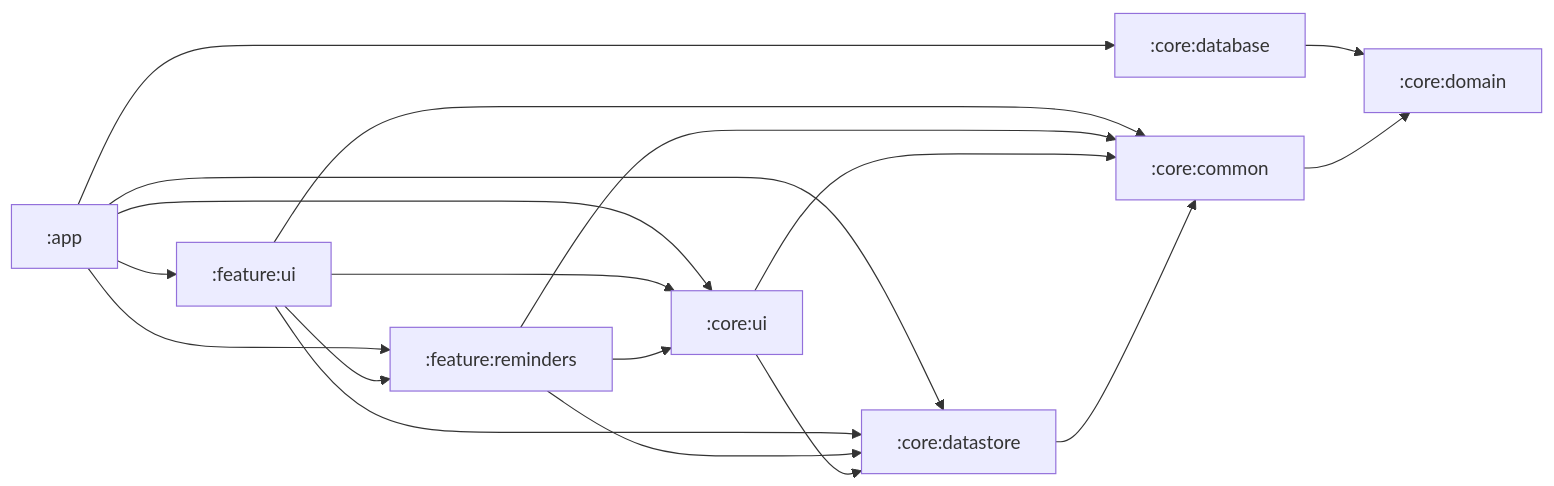
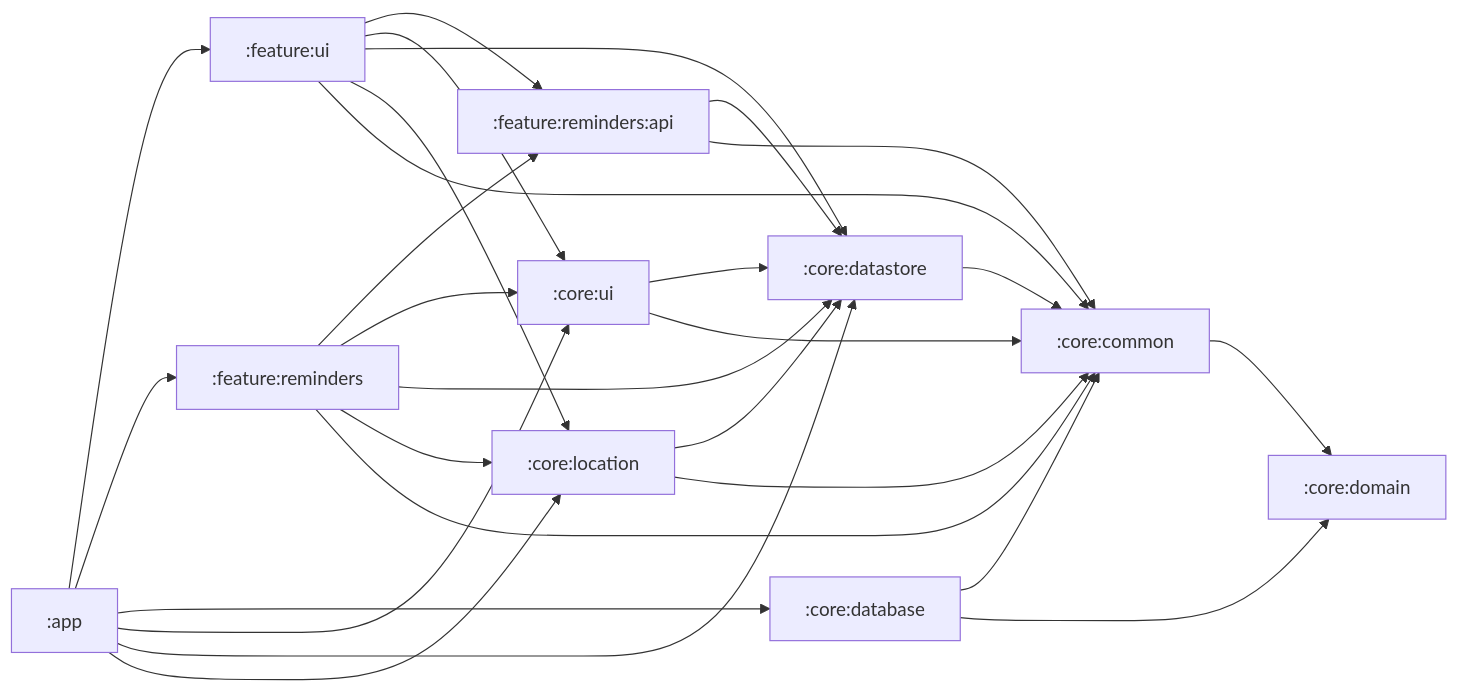
One commit to Futsch1/medTimer changed the diagram in docs/guidelines/kotlin-android.md. Above: the diagram before and after it, drawn with Mermaid. The commit also changed other lines of this file and 4 other files, not shown here.

````diff
--- a/docs/guidelines/kotlin-android.md
+++ b/docs/guidelines/kotlin-android.md
@@ -46,28 +46,39 @@
 ```mermaid
 graph LR
     app[":app"]
     fui[":feature:ui"]
     fr[":feature:reminders"]
+    fra[":feature:reminders:api"]
     cui[":core:ui"]
+    cloc[":core:location"]
     cds[":core:datastore"]
     cdb[":core:database"]
     cc[":core:common"]
     cd[":core:domain"]
     app --> fui
     app --> fr
     app --> cdb
     app --> cui
     app --> cds
-    fui --> fr
+    app --> cloc
+    fui --> fra
     fui --> cui
     fui --> cds
+    fui --> cloc
     fui --> cc
+    fr --> fra
     fr --> cui
     fr --> cds
+    fr --> cloc
     fr --> cc
+    fra --> cds
+    fra --> cc
     cui --> cds
     cui --> cc
+    cloc --> cds
+    cloc --> cc
     cds --> cc
+    cdb --> cc
     cdb --> cd
     cc --> cd
 ```
````
